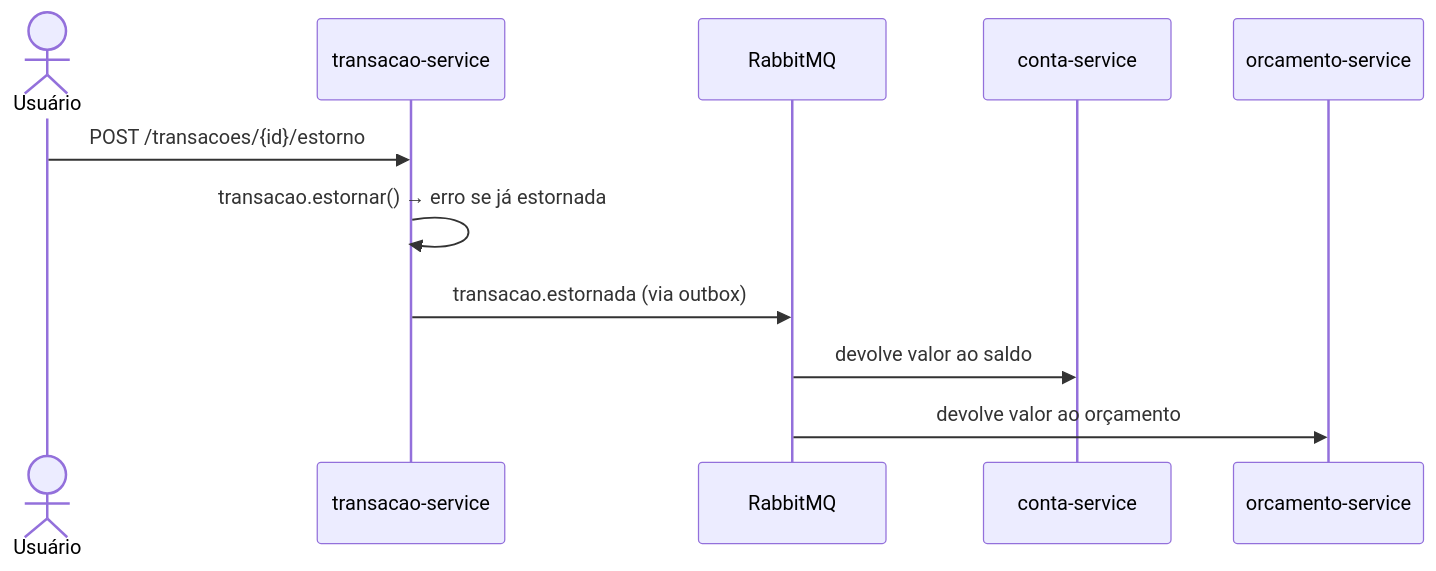
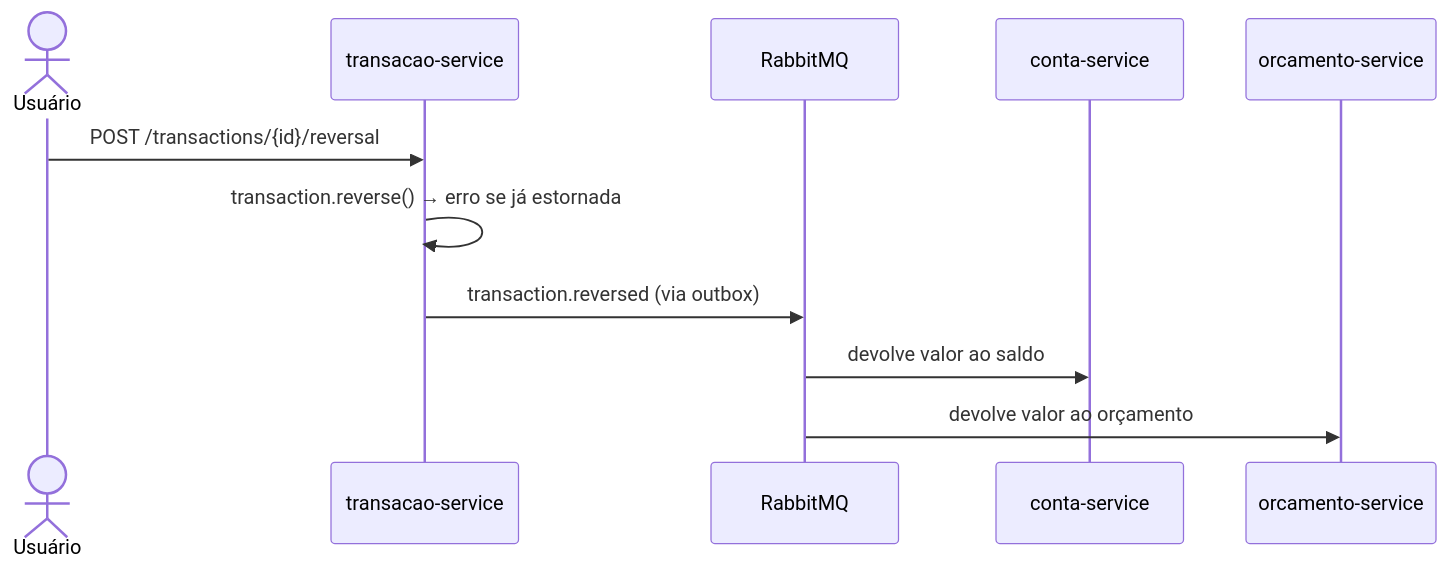
The seventh of 9 diagrams in docs/fluxos.md (DiiOliiver/finance-api), drawn with Mermaid before and after one commit. The commit also changed other lines of this file and 13 other files, not shown here.

````diff
--- a/docs/fluxos.md
+++ b/docs/fluxos.md
@@ -187,14 +187,14 @@
 ```mermaid
 sequenceDiagram
     actor U as Usuário
     participant TS as transacao-service
     participant MQ as RabbitMQ
     participant CS as conta-service
     participant OS as orcamento-service
 
-    U->>TS: POST /transacoes/{id}/estorno
-    TS->>TS: transacao.estornar() → erro se já estornada
-    TS->>MQ: transacao.estornada (via outbox)
+    U->>TS: POST /transactions/{id}/reversal
+    TS->>TS: transaction.reverse() → erro se já estornada
+    TS->>MQ: transaction.reversed (via outbox)
     MQ->>CS: devolve valor ao saldo
     MQ->>OS: devolve valor ao orçamento
 ```
````
